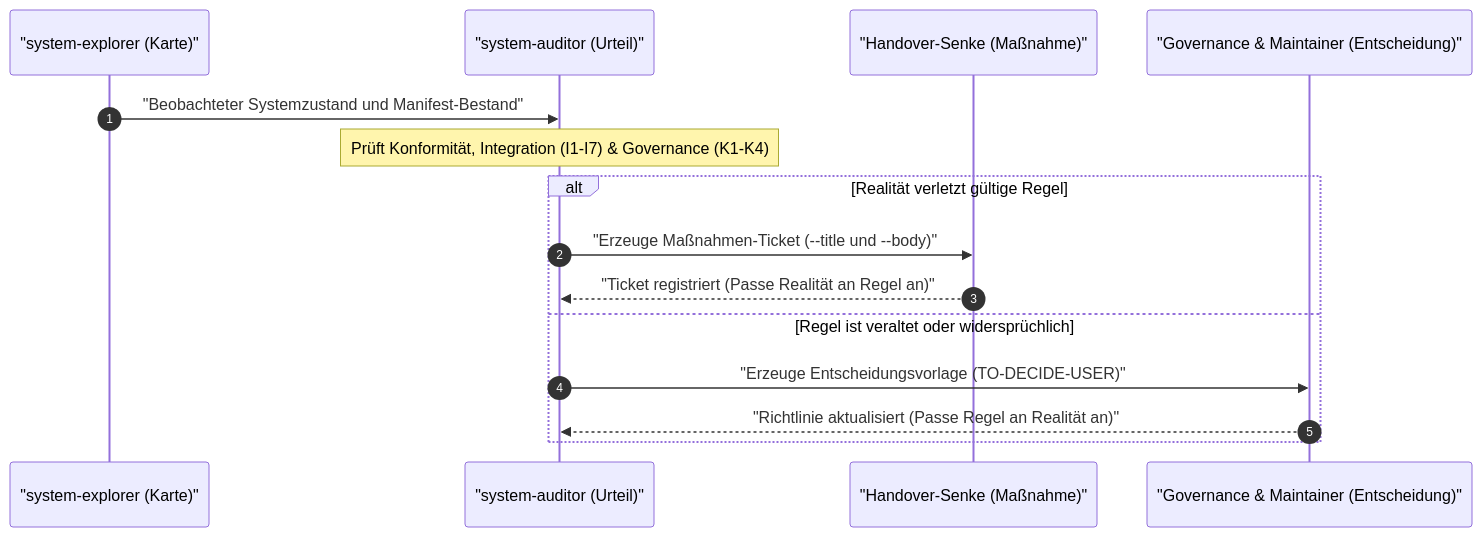
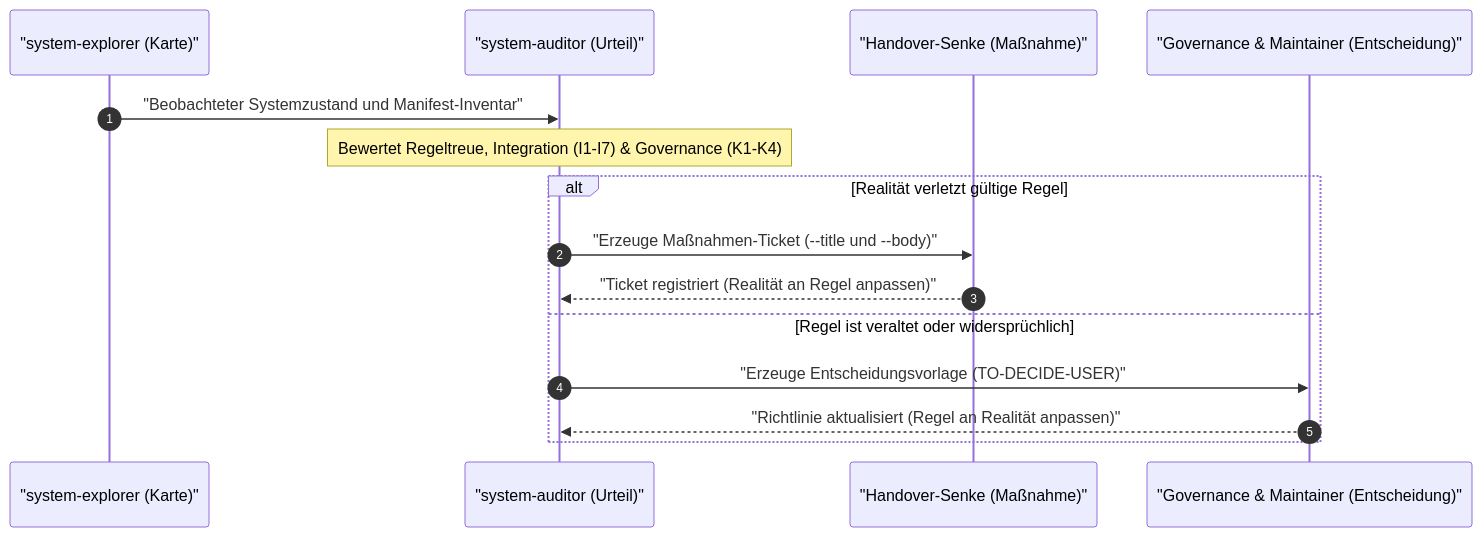
Before and after one commit to ellmos-ai/system-auditor: the second of 3 diagrams in README_de.md, drawn with Mermaid. The commit also changed other lines of this file and 8 other files, not shown here.

````diff
--- a/README_de.md
+++ b/README_de.md
@@ -133,18 +214,18 @@
 ```mermaid
 sequenceDiagram
     autonumber
     participant Explorer as "system-explorer (Karte)"
     participant Auditor as "system-auditor (Urteil)"
     participant Sink as "Handover-Senke (Maßnahme)"
     participant Gov as "Governance & Maintainer (Entscheidung)"
 
-    Explorer->>Auditor: "Beobachteter Systemzustand und Manifest-Bestand"
-    Note over Auditor: Prüft Konformität, Integration (I1-I7) & Governance (K1-K4)
+    Explorer->>Auditor: "Beobachteter Systemzustand und Manifest-Inventar"
+    Note over Auditor: Bewertet Regeltreue, Integration (I1-I7) & Governance (K1-K4)
     alt Realität verletzt gültige Regel
         Auditor->>Sink: "Erzeuge Maßnahmen-Ticket (--title und --body)"
-        Sink-->>Auditor: "Ticket registriert (Passe Realität an Regel an)"
+        Sink-->>Auditor: "Ticket registriert (Realität an Regel anpassen)"
     else Regel ist veraltet oder widersprüchlich
         Auditor->>Gov: "Erzeuge Entscheidungsvorlage (TO-DECIDE-USER)"
-        Gov-->>Auditor: "Richtlinie aktualisiert (Passe Regel an Realität an)"
+        Gov-->>Auditor: "Richtlinie aktualisiert (Regel an Realität anpassen)"
     end
 ```
````
